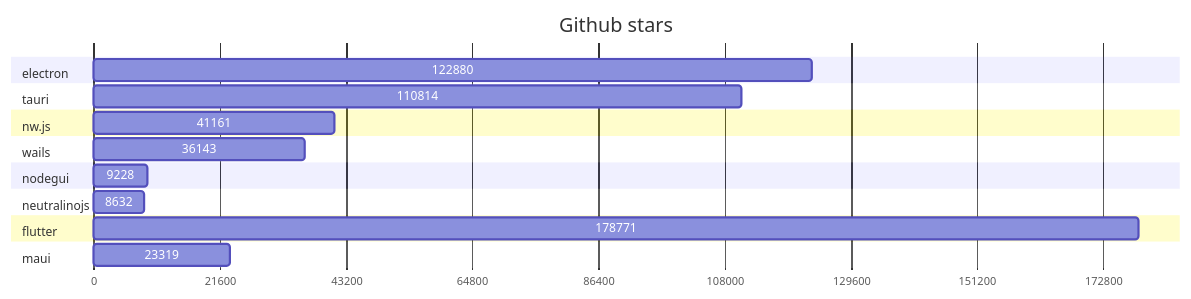
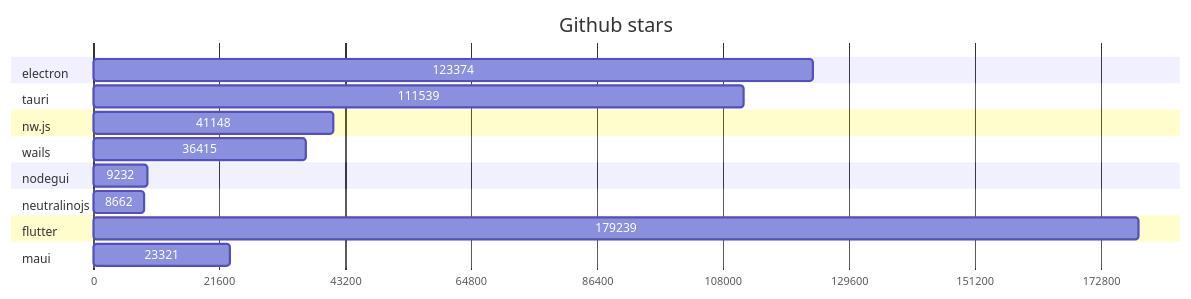
The first of 2 diagrams in GRAPHS.md (Elanis/web-to-desktop-framework-comparison), drawn with Mermaid before and after one commit. The commit also changed other lines of this file and 2 other files, not shown here.

Commit message:
Update stars & Fork

````diff
--- a/GRAPHS.md
+++ b/GRAPHS.md
@@ -5,40 +5,40 @@
 ```mermaid
 gantt
     title Github stars
     dateFormat  X
     axisFormat %s
 
 
 	section electron
-	122880 : 0, 122880
+	123374 : 0, 123374
 
 	
 	section tauri
-	110814 : 0, 110814
+	111539 : 0, 111539
 
 	
 	section nw.js
-	41161 : 0, 41161
+	41148 : 0, 41148
 
 	
 	section wails
-	36143 : 0, 36143
+	36415 : 0, 36415
 
 	
 	section nodegui
-	9228 : 0, 9228
+	9232 : 0, 9232
 
 	
 	section neutralinojs
-	8632 : 0, 8632
+	8662 : 0, 8662
 
 	
 	section flutter
-	178771 : 0, 178771
+	179239 : 0, 179239
 
 	
 	section maui
-	23319 : 0, 23319
+	23321 : 0, 23321
 
 	
 ```
````
